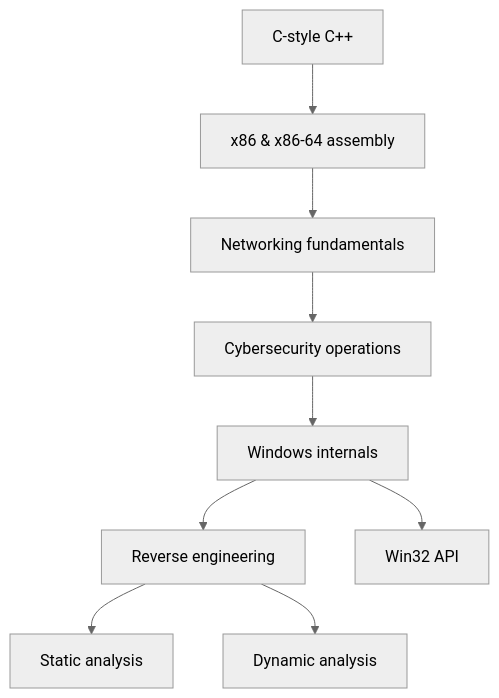
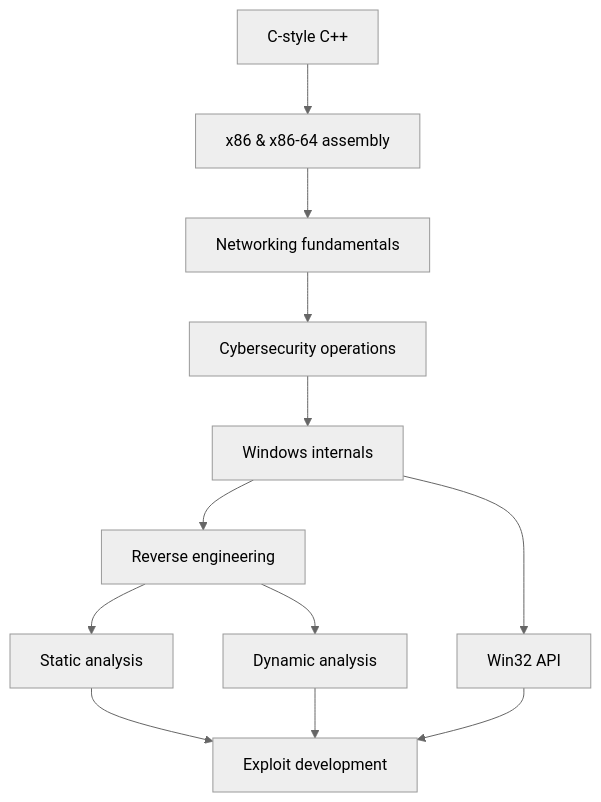
One commit to grimy86/CCI25 changed the diagram in readme.md. Above: the diagram before and after it, drawn with Mermaid (neutral theme). The commit also changed other lines of this file and 2 other files, not shown here.

````diff
--- a/readme.md
+++ b/readme.md
@@ -17,11 +17,14 @@
 ```mermaid
 graph TD;
 	cpp[C-style C++] --> x86-64[x86 & x86-64 assembly]
 	x86-64 --> nf[Networking fundamentals]
     nf --> csec[Cybersecurity operations]
 	csec --> winint[Windows internals]
 	winint --> re[Reverse engineering]
 	winint --> api[Win32 API]
 	re --> sa[Static analysis]
 	re --> da[Dynamic analysis]
+	sa --> ed[Exploit development]
+	da --> ed
+	api --> ed
 ```
````
